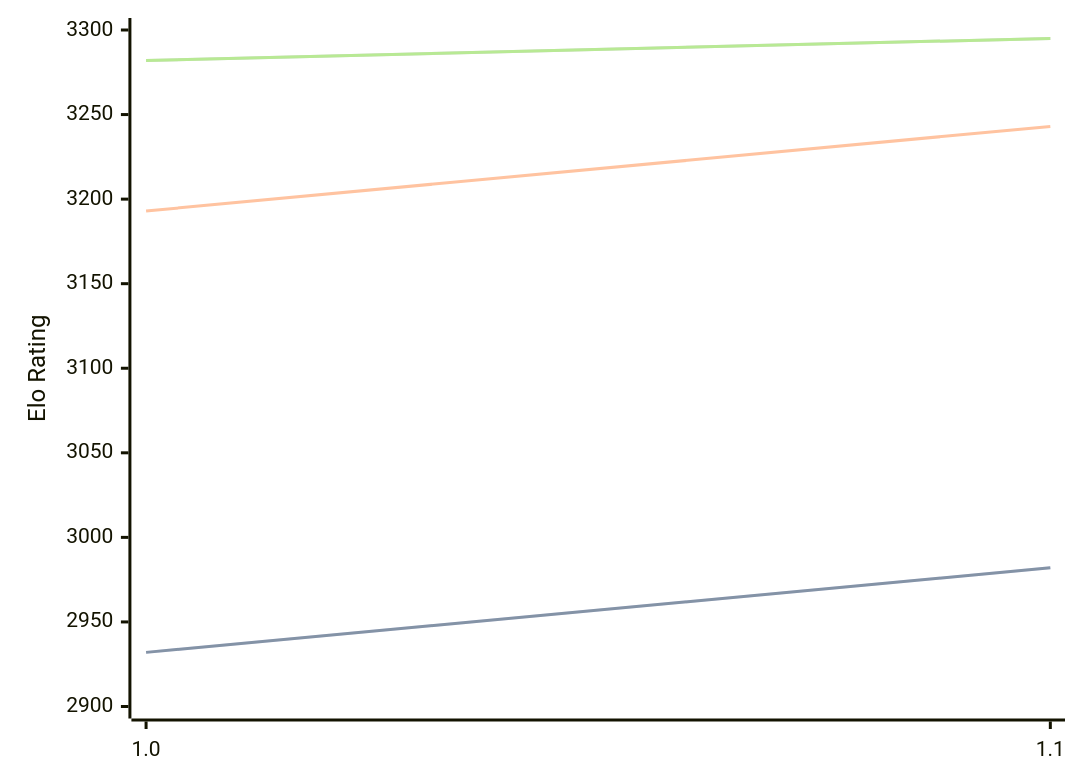
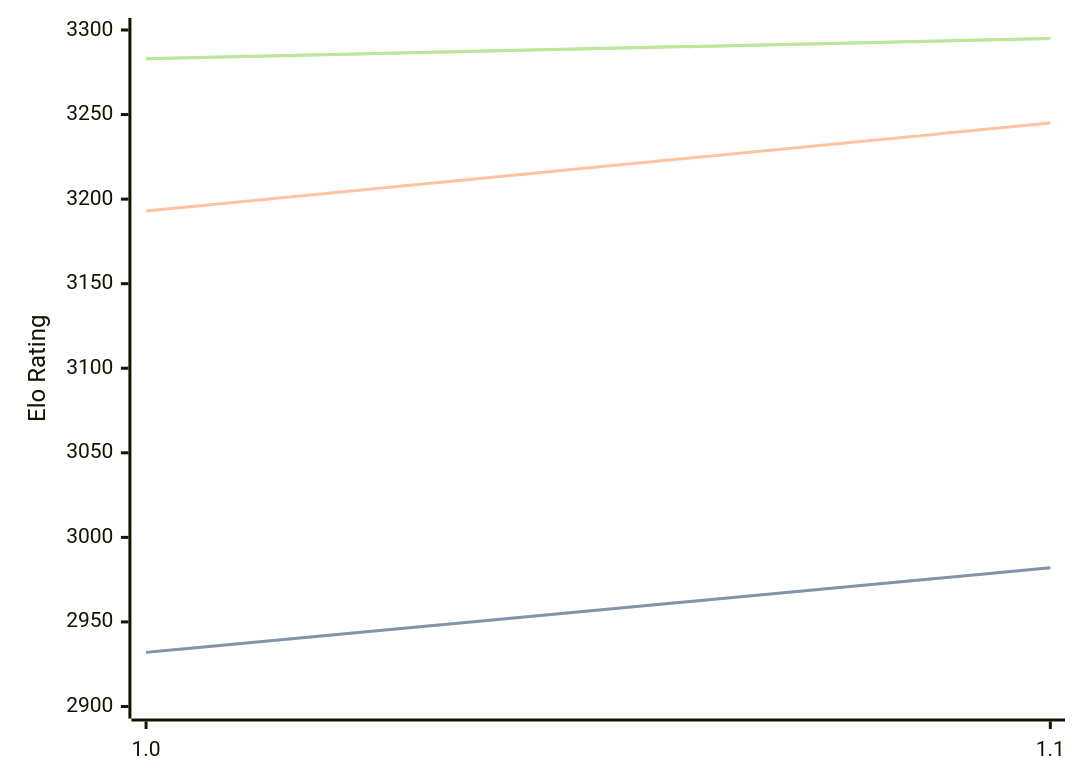
The diagram in engines/RodentV.md (computer-chess-index/cci), drawn with Mermaid before and after one commit. The commit also changed other lines of this file, not shown here.

Commit message:
Update CCI Ratings (ELO VLTC) - 2026-08-27

````diff
--- a/engines/RodentV.md
+++ b/engines/RodentV.md
@@ -32,11 +32,11 @@
 ```mermaid
 %%{init: {"theme":"base","themeVariables":{"seriesColors:['#a3a3a3','#222221','#faa371']}}}%%
 xychart-beta
   x-axis ["1.0", "1.1"]
   y-axis "Elo Rating" 2900 --> 3300
   line "STC (8.0+0.08s)" [2932, 2982]
   line "STC (8.0+0.08s)" [2932, 2982]
-  line "LTC (60.0+0.60s)" [3193, 3243]
-  line "VLTC (2m24s+1.12s)" [3282, 3295]
-  line "VLTC (2m24s+1.12s)" [3282, 3295]
+  line "LTC (60.0+0.60s)" [3193, 3245]
+  line "VLTC (2m24s+1.12s)" [3283, 3295]
+  line "VLTC (2m24s+1.12s)" [3283, 3295]
 ```
````
